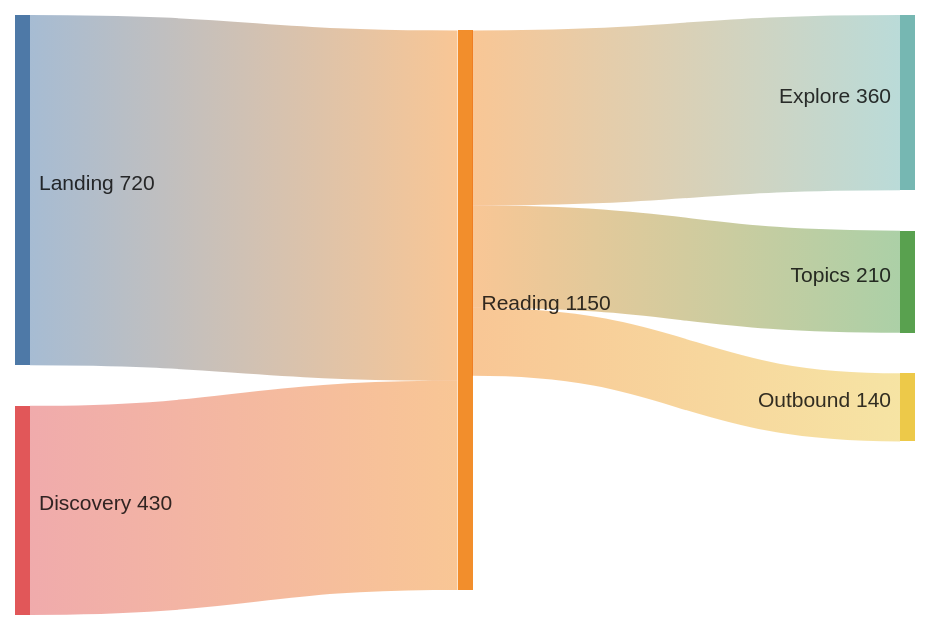
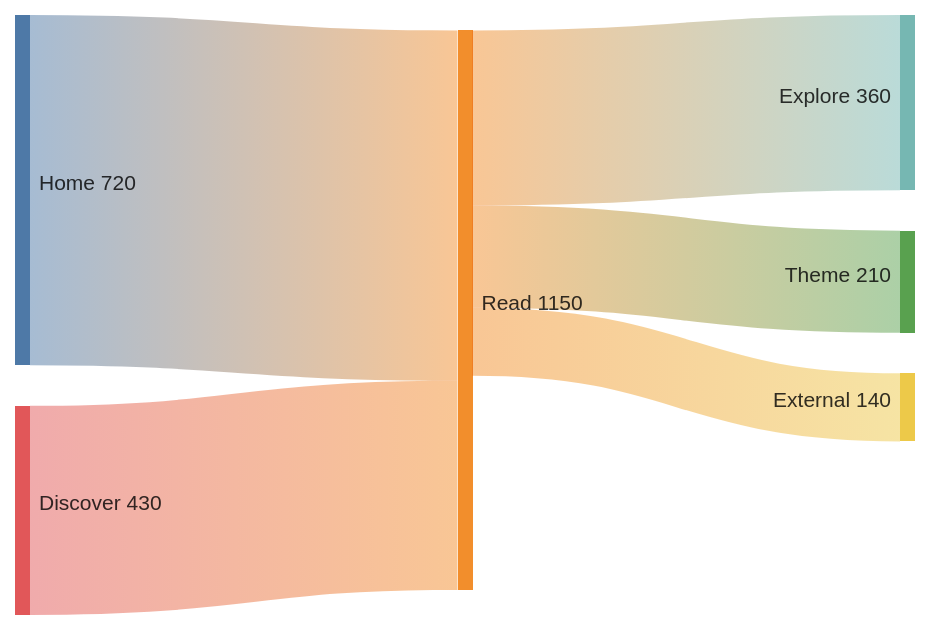
Before and after one commit to ynx-official/Shirone: diagram 14 of 14 in nuxt4/content/posts/markdown-mermaid.md, drawn with Mermaid. The commit also changed other lines of this file and 99 other files, not shown here.

````diff
--- a/nuxt4/content/posts/markdown-mermaid.md
+++ b/nuxt4/content/posts/markdown-mermaid.md
@@ -281,8 +262,8 @@
 ```mermaid
 sankey-beta
-Landing,Reading,720
-Discovery,Reading,430
-Reading,Explore,360
-Reading,Topics,210
-Reading,Outbound,140
+Home,Read,720
+Discover,Read,430
+Read,Explore,360
+Read,Theme,210
+Read,External,140
 ```
````
